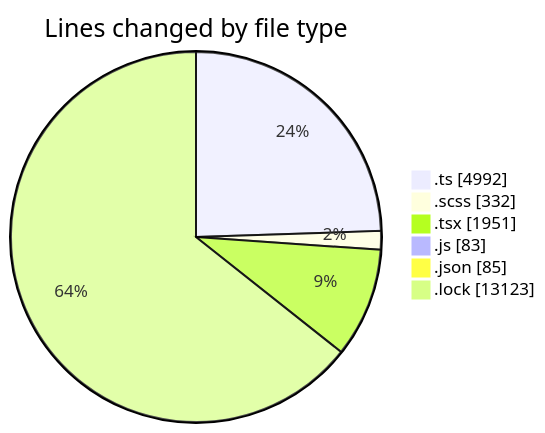
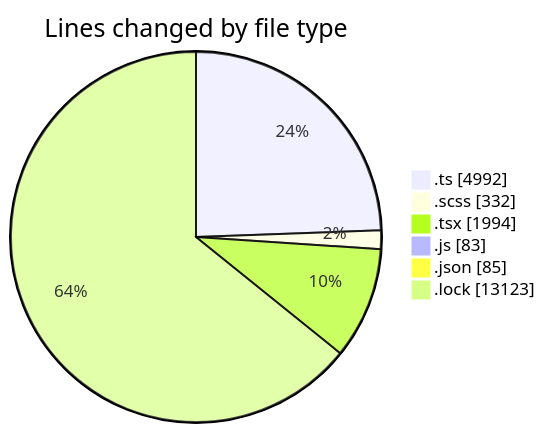
Before and after one commit to momahboobian/code-tracking: the first of 2 diagrams in 2025-09-12/cda/README.md, drawn with Mermaid. The commit also changed other lines of this file and 1 other file, not shown here.

````diff
--- a/2025-09-12/cda/README.md
+++ b/2025-09-12/cda/README.md
@@ -34,10 +34,10 @@
 ```mermaid
 pie showData
 title Lines changed by file type
 ".ts" : 4992
 ".scss" : 332
-".tsx" : 1951
+".tsx" : 1994
 ".js" : 83
 ".json" : 85
 ".lock" : 13123
 ```
````
